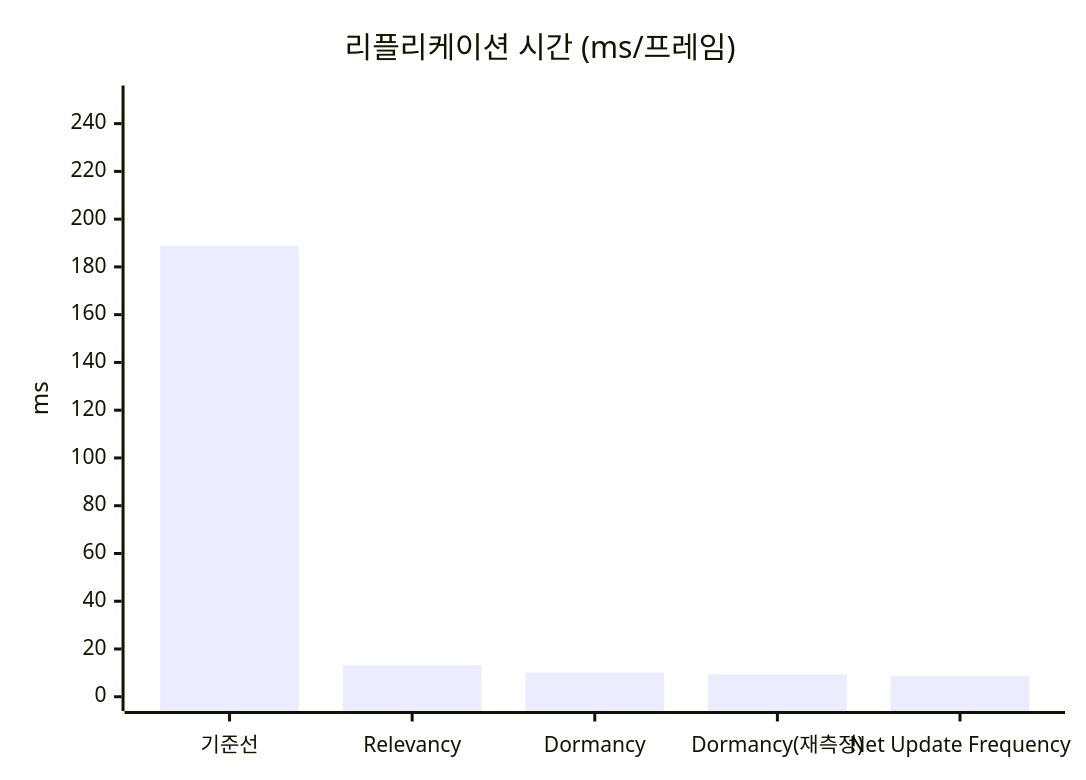
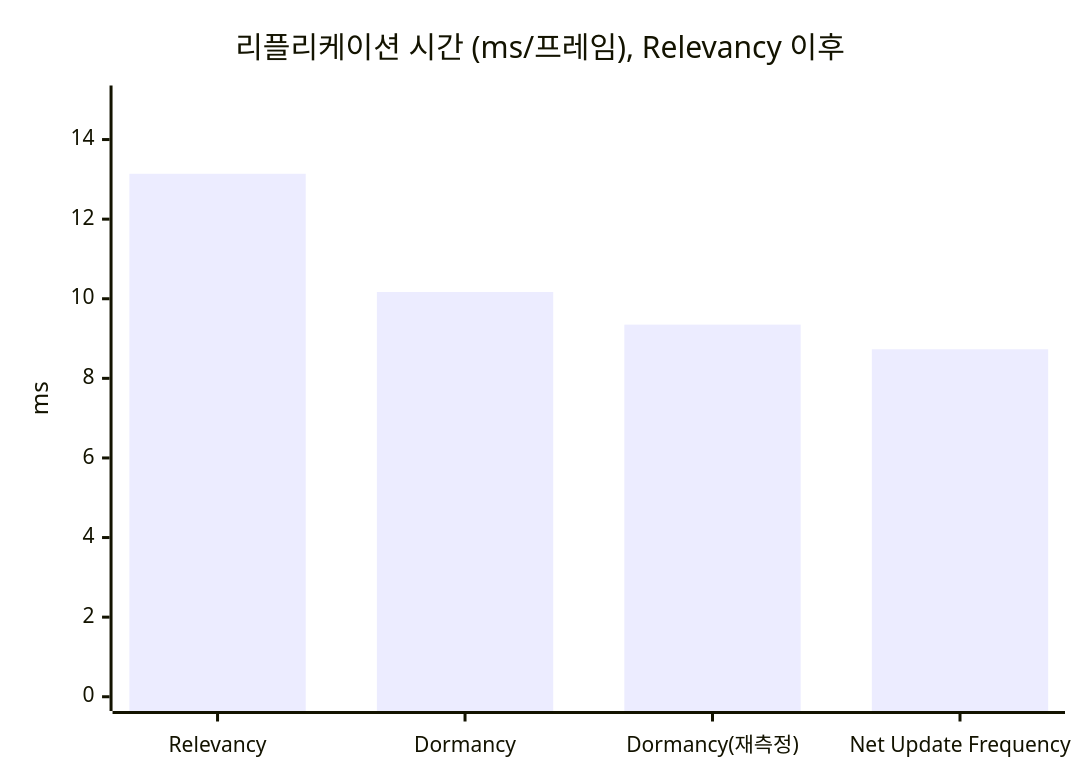
One commit to hon454/ue-dedicated-server-optimization-lab changed the third of 4 diagrams in README.md. Above: the diagram before and after it, drawn with Mermaid. The commit also changed other lines of this file, not shown here.

````diff
--- a/README.md
+++ b/README.md
@@ -104,7 +126,7 @@
 ```mermaid
 xychart-beta
-    title "리플리케이션 시간 (ms/프레임)"
-    x-axis ["기준선", "Relevancy", "Dormancy", "Dormancy(재측정)", "Net Update Frequency"]
-    y-axis "ms" 0 --> 250
-    bar [188.97, 13.14, 10.17, 9.35, 8.73]
+    title "리플리케이션 시간 (ms/프레임), Relevancy 이후"
+    x-axis ["Relevancy", "Dormancy", "Dormancy(재측정)", "Net Update Frequency"]
+    y-axis "ms" 0 --> 15
+    bar [13.14, 10.17, 9.35, 8.73]
 ```
````
